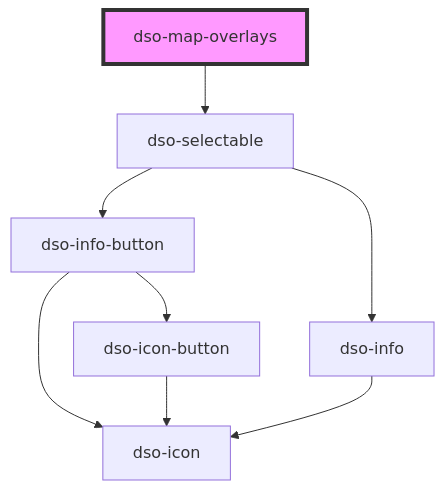
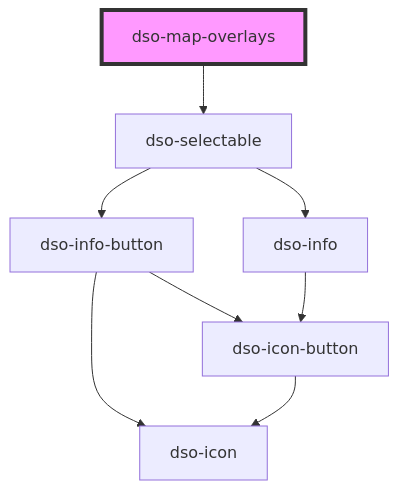
One commit to dso-toolkit/dso-toolkit changed the diagram in packages/core/src/components/map-overlays/readme.md. Above: the diagram before and after it, drawn with Mermaid. The commit also changed 48 other files, not shown here.

Commit message:
#2315 [Added] Icon button: Replace all buttons with icon-only with the icon-button component

````diff
--- a/packages/core/src/components/map-overlays/readme.md
+++ b/packages/core/src/components/map-overlays/readme.md
@@ -30,11 +30,11 @@
 ```mermaid
 graph TD;
   dso-map-overlays --> dso-selectable
   dso-selectable --> dso-info-button
   dso-selectable --> dso-info
   dso-info-button --> dso-icon-button
   dso-info-button --> dso-icon
   dso-icon-button --> dso-icon
-  dso-info --> dso-icon
+  dso-info --> dso-icon-button
   style dso-map-overlays fill:#f9f,stroke:#333,stroke-width:4px
 ```
````
